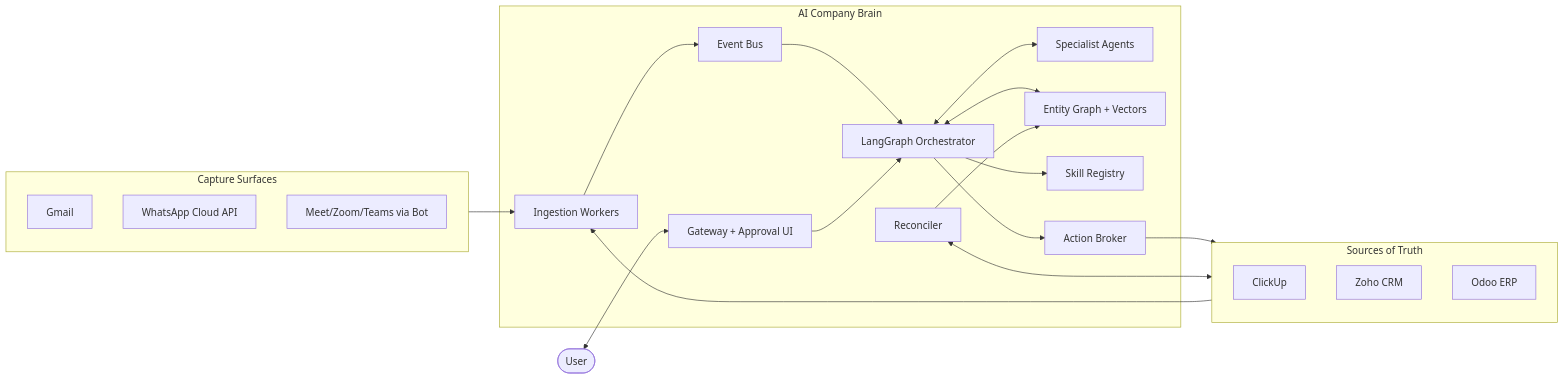
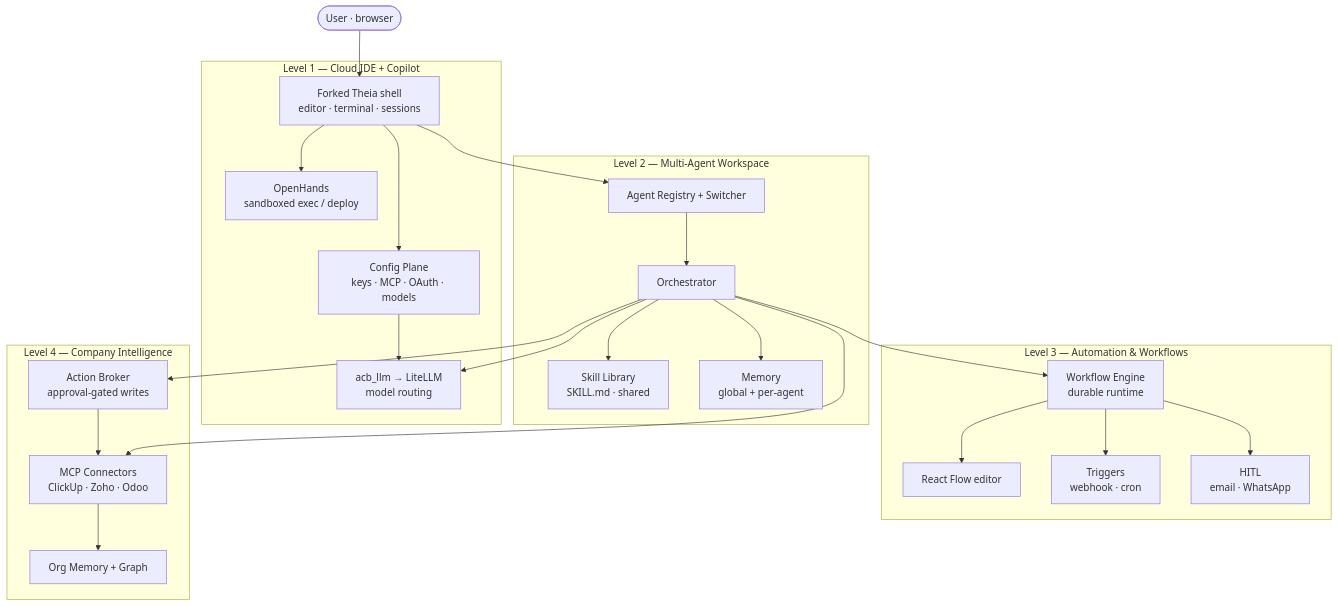
Before and after one commit to FracktalWorks/CommandCenter: the diagram in ai-company-brain/project_plan.md, drawn with Mermaid. The commit also changed other lines of this file and 164 other files, not shown here.

Commit message:
Theia Command Center: versatile script tools (multi-file, packages, multi-API), tool categories + search, agent tool creation

````diff
--- a/ai-company-brain/project_plan.md
+++ b/ai-company-brain/project_plan.md
@@ -141,37 +119,41 @@
 ```mermaid
-flowchart LR
-    subgraph SRC[Sources of Truth]
-        CU[ClickUp]
-        ZH[Zoho CRM]
-        OD[Odoo ERP]
+flowchart TB
+    USER([User · browser])
+    subgraph L1[Level 1 — Cloud IDE + Copilot]
+        THEIA[Forked Theia shell\neditor · terminal · sessions]
+        CFG[Config Plane\nkeys · MCP · OAuth · models]
+        OH[OpenHands\nsandboxed exec / deploy]
+        LLM[acb_llm → LiteLLM\nmodel routing]
     end
-    subgraph CAP[Capture Surfaces]
-        GM[Gmail]
-        WA[WhatsApp Cloud API]
-        MT[Meet/Zoom/Teams via Bot]
+    subgraph L2[Level 2 — Multi-Agent Workspace]
+        REG[Agent Registry + Switcher]
+        SK[Skill Library\nSKILL.md · shared]
+        MEM[Memory\nglobal + per-agent]
+        ORCH[Orchestrator]
     end
-    subgraph BRAIN[AI Company Brain]
-        ING[Ingestion Workers]
-        BUS[Event Bus]
-        ORCH[LangGraph Orchestrator]
-        AG[Specialist Agents]
-        GR[Entity Graph + Vectors]
-        SK[Skill Registry]
-        ACT[Action Broker]
-        REC[Reconciler]
-        GW[Gateway + Approval UI]
+    subgraph L3[Level 3 — Automation & Workflows]
+        WF[Workflow Engine\ndurable runtime]
+        CANVAS[React Flow editor]
+        TRIG[Triggers\nwebhook · cron]
+        HITL[HITL\nemail · WhatsApp]
     end
-    SRC --> ING
-    CAP --> ING
-    ING --> BUS
-    BUS --> ORCH
-    ORCH <--> GR
-    ORCH <--> AG
-    ORCH --> SK
-    ORCH --> ACT
-    ACT --> SRC
-    REC <--> SRC
-    REC --> GR
-    GW --> ORCH
-    USER([User]) <--> GW
+    subgraph L4[Level 4 — Company Intelligence]
+        MCP[MCP Connectors\nClickUp · Zoho · Odoo]
+        ORGMEM[Org Memory + Graph]
+        ACT[Action Broker\napproval-gated writes]
+    end
+    USER --> THEIA
+    THEIA --> CFG --> LLM
+    THEIA --> OH
+    THEIA --> REG
+    REG --> ORCH --> SK
+    ORCH --> MEM
+    ORCH --> WF
+    WF --> CANVAS
+    WF --> TRIG
+    WF --> HITL
+    ORCH --> MCP
+    MCP --> ORGMEM
+    ORCH --> ACT --> MCP
+    ORCH --> LLM
 ```
````
